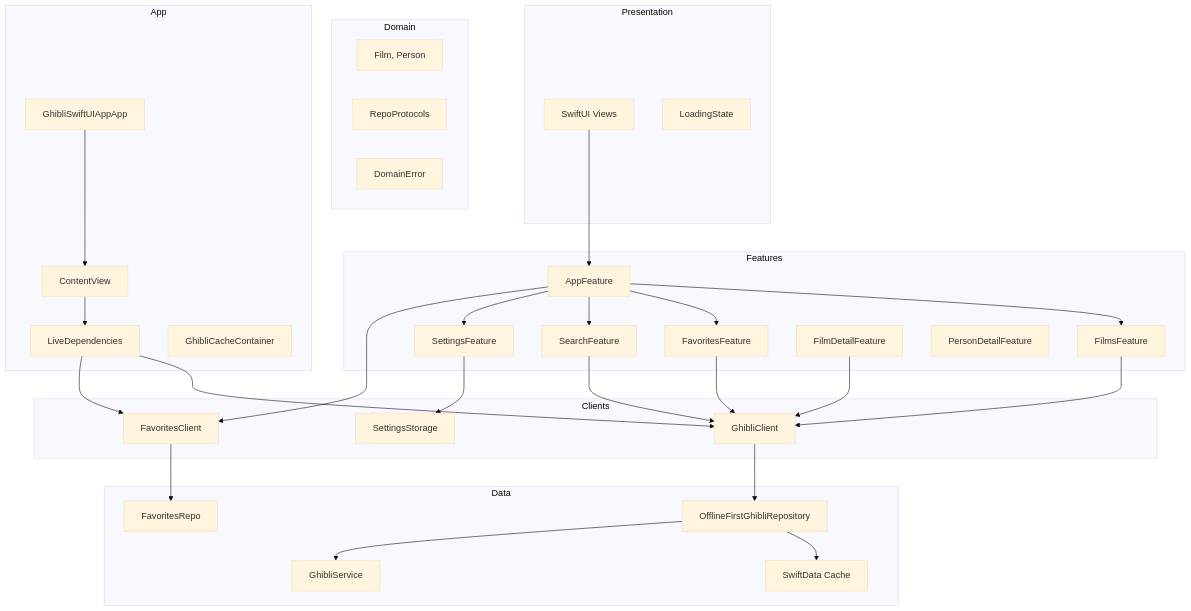
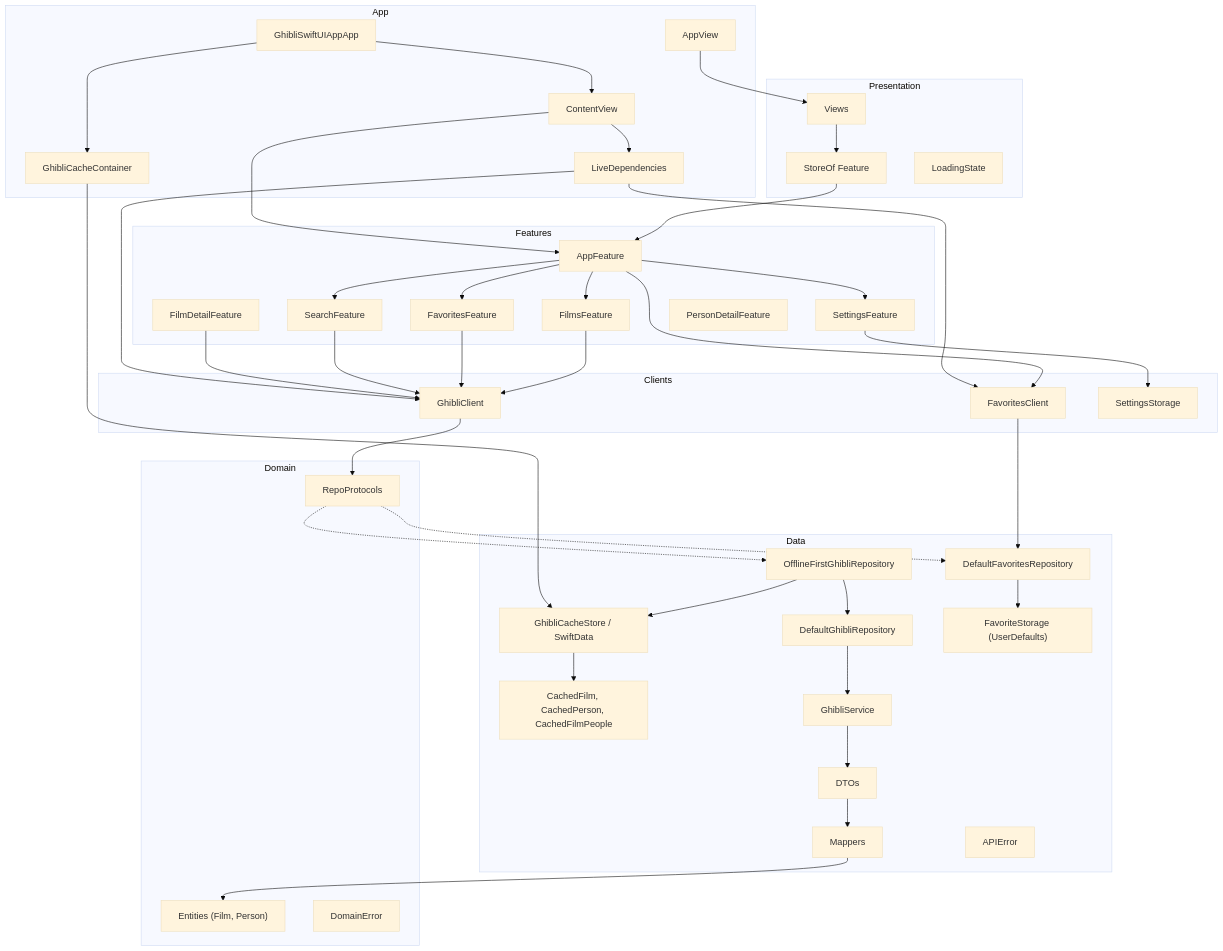
The first of 3 diagrams in README.md (karimelbahi/GhibliSwiftUIApp), drawn with Mermaid (base theme) before and after one commit. The commit also changed other lines of this file, not shown here.

````diff
--- a/README.md
+++ b/README.md
@@ -25,55 +26,78 @@
 ```mermaid
 flowchart TB
     subgraph Presentation
-        Views["SwiftUI Views"]
+        Views
+        Stores["StoreOf Feature"]
         LoadingState
     end
 
     subgraph Features
         AppFeature
         FilmsFeature
         FavoritesFeature
         SearchFeature
         SettingsFeature
         FilmDetailFeature
         PersonDetailFeature
     end
 
     subgraph Clients
         GhibliClient
         FavoritesClient
         SettingsStorage
     end
 
     subgraph Domain
-        Entities["Film, Person"]
+        Entities["Entities (Film, Person)"]
         RepoProtocols
         DomainError
     end
 
     subgraph Data
         OfflineRepo["OfflineFirstGhibliRepository"]
-        FavoritesRepo
-        CacheStore["SwiftData Cache"]
+        RemoteRepo["DefaultGhibliRepository"]
+        FavoritesRepo["DefaultFavoritesRepository"]
+        CacheStore["GhibliCacheStore / SwiftData"]
+        SwiftDataModels["CachedFilm, CachedPerson, CachedFilmPeople"]
         Services["GhibliService"]
+        DTOs
+        Mappers
+        FavoriteStorage["FavoriteStorage (UserDefaults)"]
+        APIError
     end
 
     subgraph App
         AppEntry["GhibliSwiftUIAppApp"]
+        CacheContainer["GhibliCacheContainer"]
+        LiveDependencies
+        AppView
         ContentView
-        LiveDependencies
-        GhibliCacheContainer
     end
 
-    Views --> AppFeature
+    Views --> Stores
+    Stores --> AppFeature
     AppFeature --> FilmsFeature & FavoritesFeature & SearchFeature & SettingsFeature
     FilmsFeature & FavoritesFeature & SearchFeature & FilmDetailFeature --> GhibliClient
     AppFeature --> FavoritesClient
     SettingsFeature --> SettingsStorage
-    GhibliClient --> OfflineRepo
+    GhibliClient --> RepoProtocols
     FavoritesClient --> FavoritesRepo
+    RepoProtocols -.-> OfflineRepo
+    RepoProtocols -.-> FavoritesRepo
     OfflineRepo --> CacheStore
-    OfflineRepo --> Services
-    AppEntry --> ContentView --> LiveDependencies
-    LiveDependencies --> GhibliClient & FavoritesClient
+    OfflineRepo --> RemoteRepo
+    CacheStore --> SwiftDataModels
+    RemoteRepo --> Services
+    FavoritesRepo --> FavoriteStorage
+    Services --> DTOs
+    DTOs --> Mappers
+    Mappers --> Entities
+    AppEntry --> CacheContainer
+    AppEntry --> ContentView
+    ContentView --> LiveDependencies
+    ContentView --> AppFeature
+    AppView --> Views
+    LiveDependencies --> GhibliClient
+    LiveDependencies --> FavoritesClient
+    CacheContainer --> CacheStore
 ```
````
